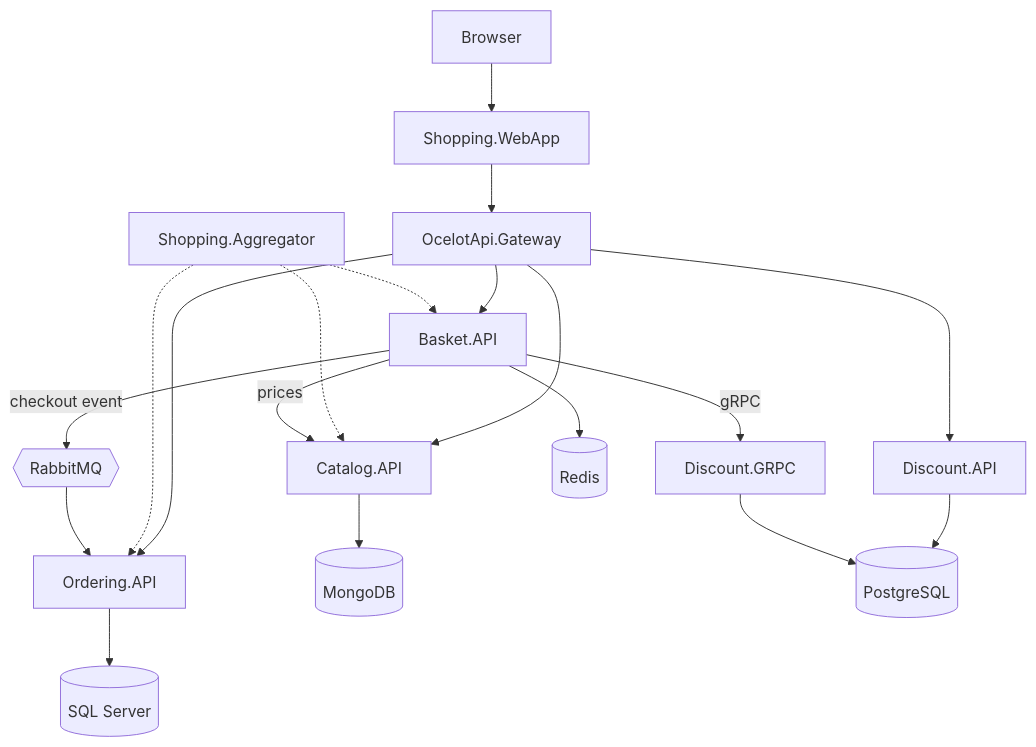
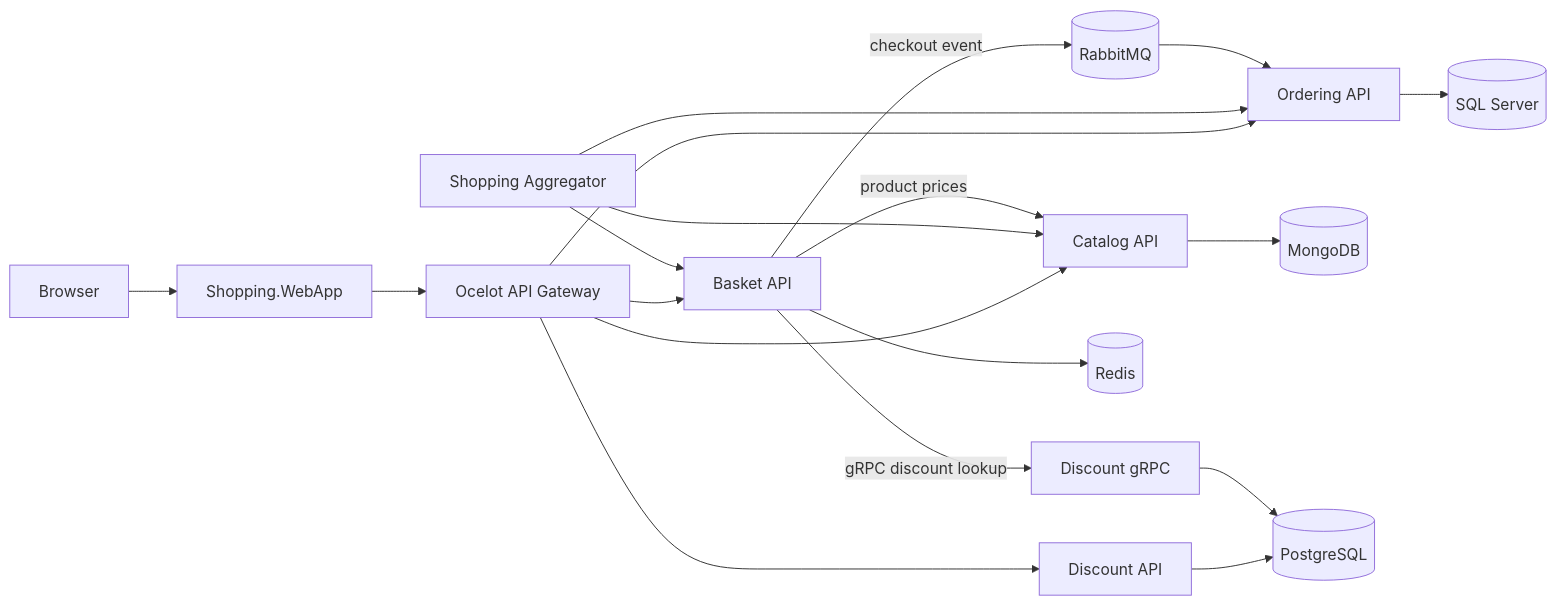
One commit to tanishkamali14/Microservices-App-dotnet- changed the diagram in README.md. Above: the diagram before and after it, drawn with Mermaid. The commit also changed other lines of this file, not shown here.

````diff
--- a/README.md
+++ b/README.md
@@ -20,23 +35,23 @@
 ```mermaid
-flowchart TB
-    Browser --> WebApp[Shopping.WebApp]
-    WebApp --> Gateway[OcelotApi.Gateway]
-    Aggregator[Shopping.Aggregator]
+flowchart LR
+    Browser --> Web[Shopping.WebApp]
+    Web --> Gateway[Ocelot API Gateway]
+    Gateway --> Catalog[Catalog API]
+    Gateway --> Basket[Basket API]
+    Gateway --> Discount[Discount API]
+    Gateway --> Orders[Ordering API]
+    Aggregator[Shopping Aggregator] --> Catalog
+    Aggregator --> Basket
+    Aggregator --> Orders
 
-    Gateway --> Catalog[Catalog.API]
-    Gateway --> Basket[Basket.API]
-    Gateway --> Discount[Discount.API]
-    Gateway --> Ordering[Ordering.API]
-    Aggregator -.-> Catalog & Basket & Ordering
-
-    Basket -- prices --> Catalog
-    Basket -- gRPC --> DiscountGrpc[Discount.GRPC]
-    Basket -- checkout event --> RabbitMQ{{RabbitMQ}}
-    RabbitMQ --> Ordering
+    Basket -->|product prices| Catalog
+    Basket -->|gRPC discount lookup| DiscountGrpc[Discount gRPC]
+    Basket -->|checkout event| RabbitMQ[(RabbitMQ)]
+    RabbitMQ --> Orders
 
     Catalog --> Mongo[(MongoDB)]
     Basket --> Redis[(Redis)]
     Discount --> Postgres[(PostgreSQL)]
     DiscountGrpc --> Postgres
-    Ordering --> SqlServer[(SQL Server)]
+    Orders --> SqlServer[(SQL Server)]
 ```
````
